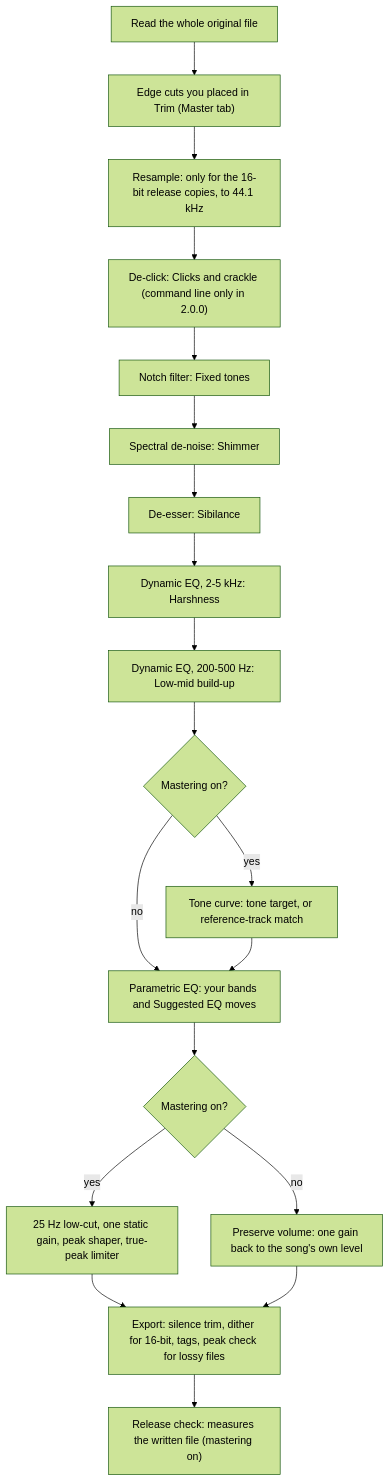
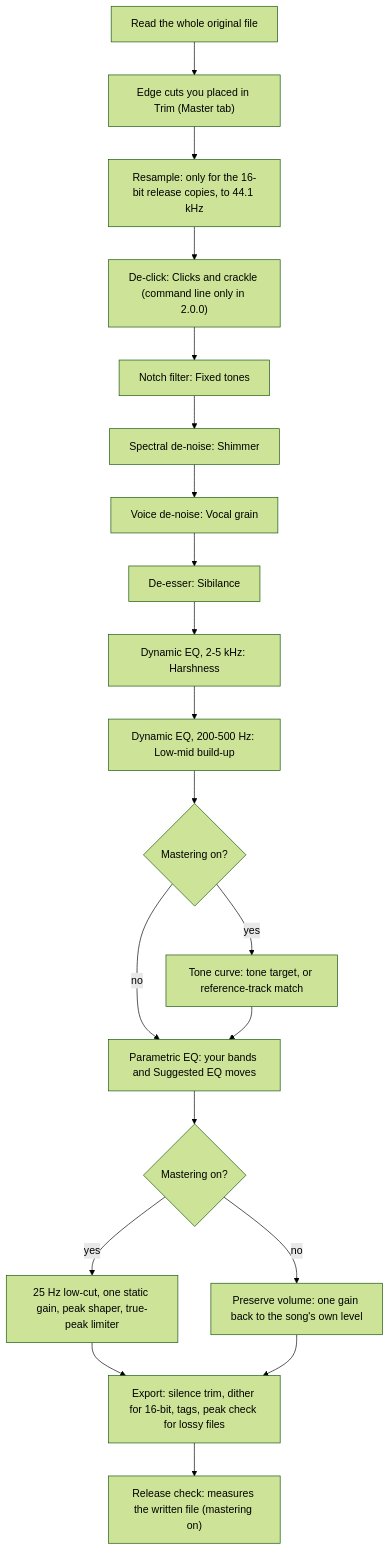
Before and after one commit to henricksmedia/shimmer: the diagram in docs/FEATURES.md, drawn with Mermaid (forest theme). The commit also changed other lines of this file and 13 other files, not shown here.

Commit message:
Vocal grain card: voice de-noise on the centre of the mix

````diff
--- a/docs/FEATURES.md
+++ b/docs/FEATURES.md
@@ -59,21 +59,22 @@
 ```mermaid
 flowchart TD
   A["Read the whole original file"] --> B["Edge cuts you placed in Trim (Master tab)"]
   B --> C["Resample: only for the 16-bit release copies, to 44.1 kHz"]
   C --> D["De-click: Clicks and crackle (command line only in 2.0.0)"]
   D --> E["Notch filter: Fixed tones"]
   E --> F["Spectral de-noise: Shimmer"]
-  F --> G["De-esser: Sibilance"]
+  F --> F2["Voice de-noise: Vocal grain"]
+  F2 --> G["De-esser: Sibilance"]
   G --> H["Dynamic EQ, 2-5 kHz: Harshness"]
   H --> I["Dynamic EQ, 200-500 Hz: Low-mid build-up"]
   I --> J{"Mastering on?"}
   J -- yes --> K["Tone curve: tone target, or reference-track match"]
   J -- no --> L
   K --> L["Parametric EQ: your bands and Suggested EQ moves"]
   L --> M{"Mastering on?"}
   M -- yes --> N["25 Hz low-cut, one static gain, peak shaper, true-peak limiter"]
   M -- no --> O["Preserve volume: one gain back to the song's own level"]
   N --> P["Export: silence trim, dither for 16-bit, tags, peak check for lossy files"]
   O --> P
   P --> Q["Release check: measures the written file (mastering on)"]
 ```
````
